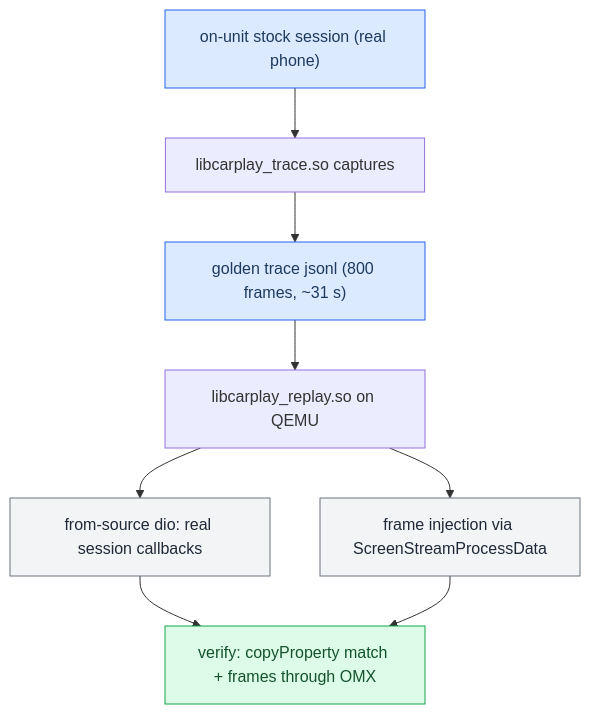
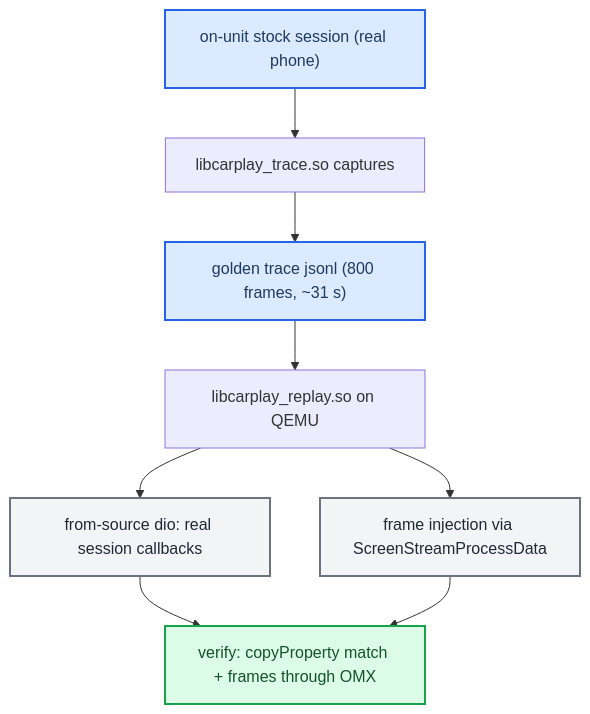
One commit to luka-dev/mib2q-carplay-rgi changed the diagram in docs-obsidian/Reference/Record Replay Tooling.md. Above: the diagram before and after it, drawn with Mermaid. The commit also changed other lines of this file and 43 other files, not shown here.

````diff
--- a/docs-obsidian/Reference/Record Replay Tooling.md
+++ b/docs-obsidian/Reference/Record Replay Tooling.md
@@ -28,23 +28,23 @@
 ```mermaid
 flowchart TB
   accTitle: Record on unit, replay into from-source dio on QEMU
   accDescr: A stock on-unit session is captured to a jsonl trace, which drives from-source dio on QEMU through the real session callbacks and frame injection with no phone.
   unit["on-unit stock session (real phone)"]
   trace["libcarplay_trace.so captures"]
   jsonl["golden trace jsonl (800 frames, ~31 s)"]
   replay["libcarplay_replay.so on QEMU"]
   dio["from-source dio: real session callbacks"]
   frames["frame injection via ScreenStreamProcessData"]
   verify["verify: copyProperty match + frames through OMX"]
   unit --> trace --> jsonl
   jsonl --> replay --> dio
   replay --> frames
   dio --> verify
   frames --> verify
   class unit,jsonl primary
   class verify success
   class dio,frames neutral
-  classDef primary fill:#dbeafe,stroke:#2563eb,color:#1e3a5f
-  classDef success fill:#dcfce7,stroke:#16a34a,color:#14532d
-  classDef neutral fill:#f3f4f6,stroke:#6b7280,color:#1f2937
+  classDef primary fill:#dbeafe,stroke:#2563eb,stroke-width:2px,color:#1e3a5f
+  classDef success fill:#dcfce7,stroke:#16a34a,stroke-width:2px,color:#14532d
+  classDef neutral fill:#f3f4f6,stroke:#6b7280,stroke-width:2px,color:#1f2937
 ```
````
